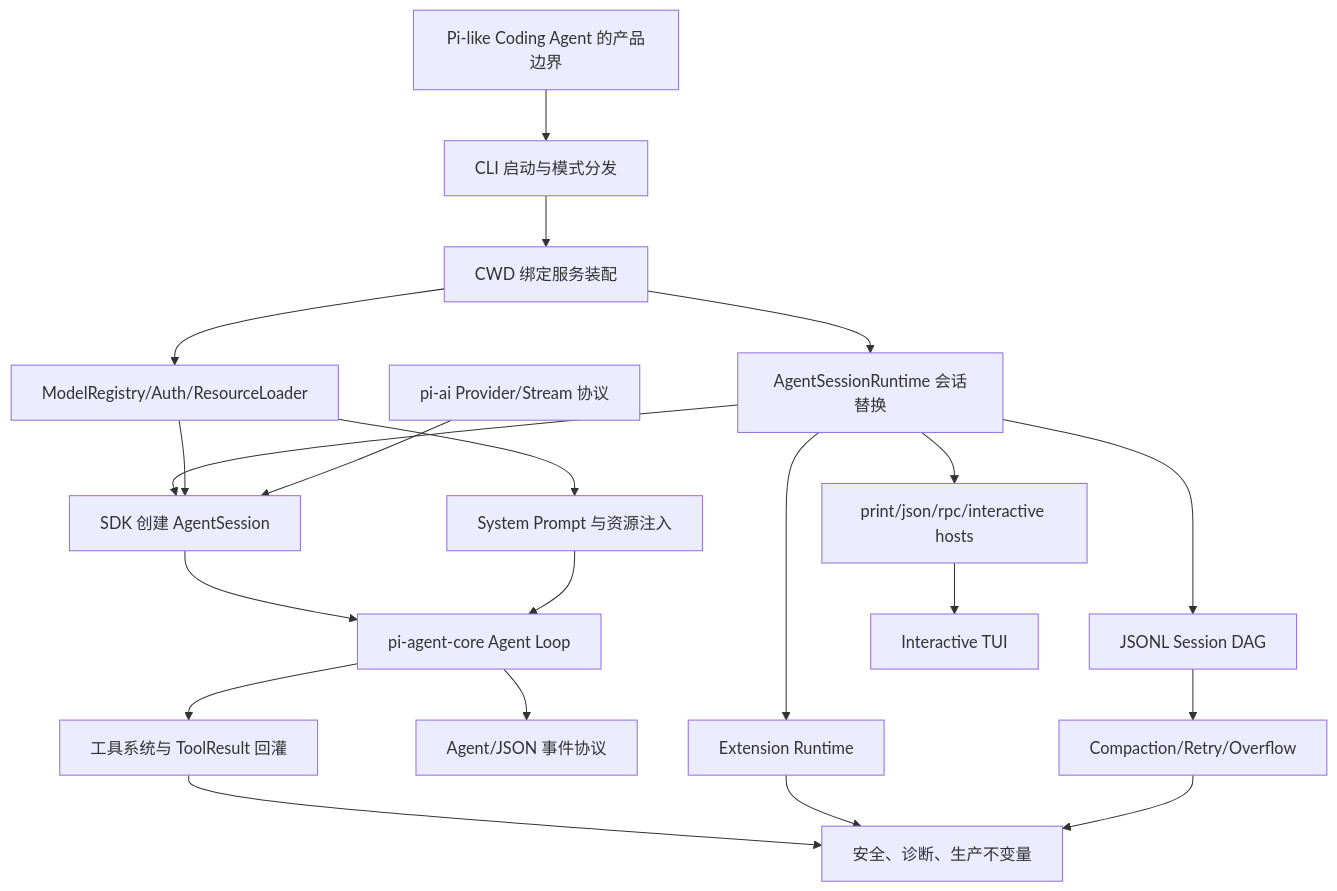
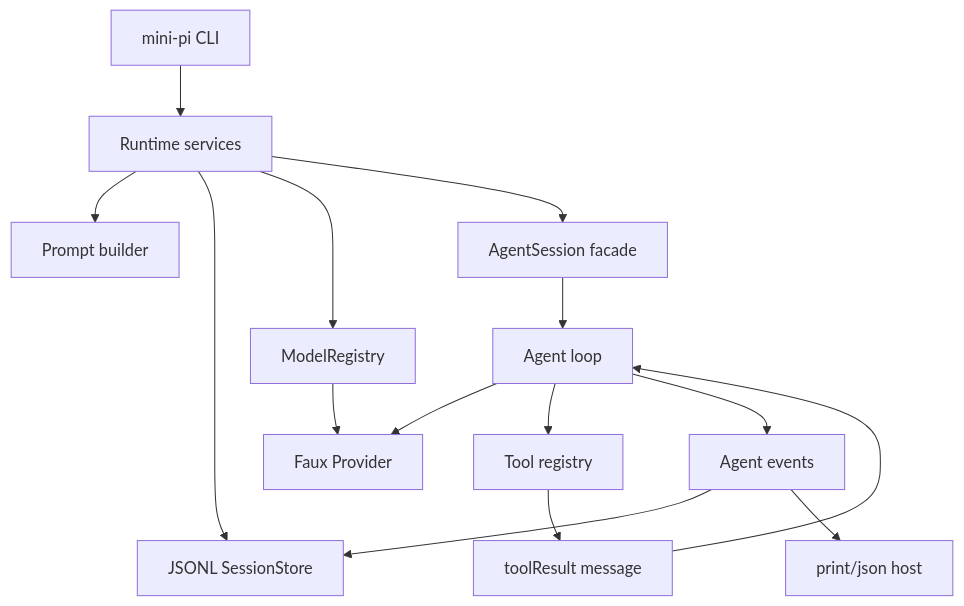
The diagram in book/rewrite.md (zenHeart/pi), drawn with Mermaid before and after one commit. The commit also changed other lines of this file and 32 other files, not shown here.

````diff
--- a/book/rewrite.md
+++ b/book/rewrite.md
@@ -1930,23 +78,17 @@
 ```mermaid
 flowchart TD
-    Product[Pi-like Coding Agent 的产品边界] --> Boot[CLI 启动与模式分发]
-    Boot --> Services[CWD 绑定服务装配]
-    Services --> Runtime[AgentSessionRuntime 会话替换]
-    Services --> Registry[ModelRegistry/Auth/ResourceLoader]
-    Runtime --> SDK[SDK 创建 AgentSession]
-    Registry --> SDK
-    Provider[pi-ai Provider/Stream 协议] --> SDK
-    SDK --> Core[pi-agent-core Agent Loop]
-    Core --> Tools[工具系统与 ToolResult 回灌]
-    Core --> Events[Agent/JSON 事件协议]
-    Registry --> Prompt[System Prompt 与资源注入]
-    Prompt --> Core
-    Runtime --> Session[JSONL Session DAG]
-    Session --> Compaction[Compaction/Retry/Overflow]
-    Runtime --> Extensions[Extension Runtime]
-    Runtime --> Hosts[print/json/rpc/interactive hosts]
-    Hosts --> TUI[Interactive TUI]
-    Tools --> Safety[安全、诊断、生产不变量]
-    Extensions --> Safety
-    Compaction --> Safety
+    CLI[mini-pi CLI] --> Runtime[Runtime services]
+    Runtime --> Prompt[Prompt builder]
+    Runtime --> Session[JSONL SessionStore]
+    Runtime --> Registry[ModelRegistry]
+    Registry --> Provider[Faux Provider]
+    Runtime --> Agent[AgentSession facade]
+    Agent --> Loop[Agent loop]
+    Loop --> Provider
+    Loop --> Tools[Tool registry]
+    Tools --> ToolResult[toolResult message]
+    ToolResult --> Loop
+    Loop --> Events[Agent events]
+    Events --> Session
+    Events --> Host[print/json host]
 ```
````
